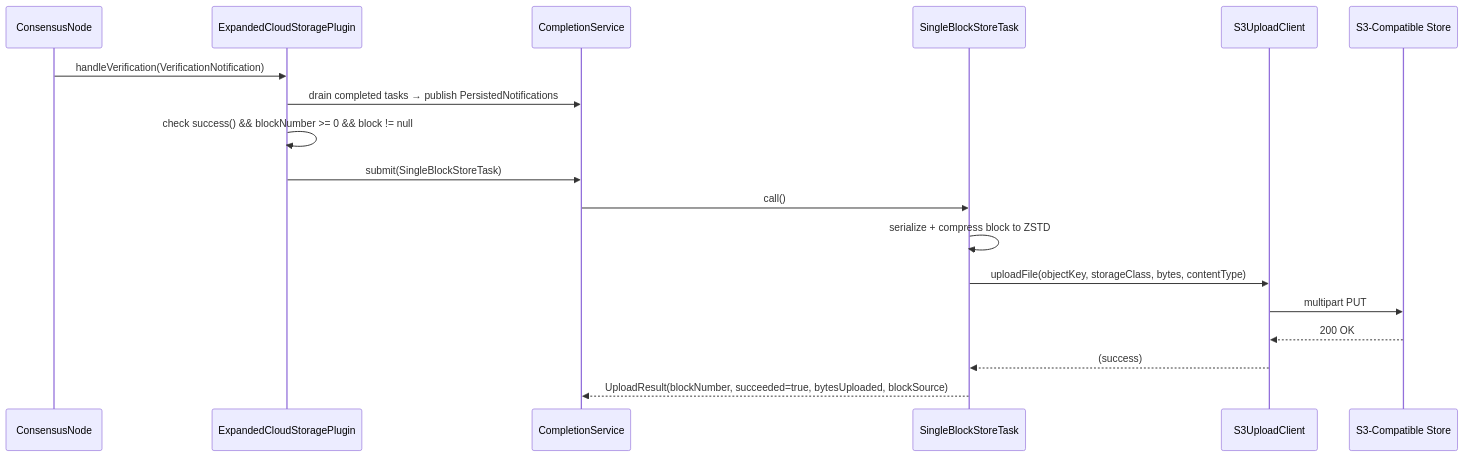
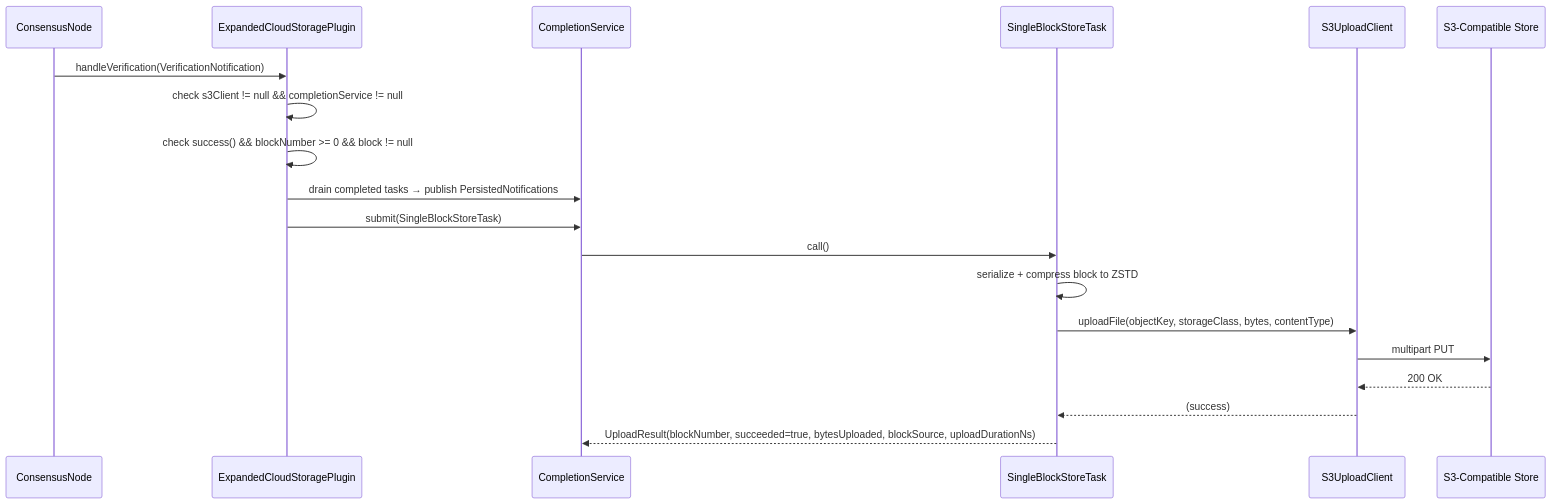
Before and after one commit to hiero-ledger/hiero-block-node: the first of 2 diagrams in docs/design/persistence/expanded-cloud-storage.md, drawn with Mermaid. The commit also changed other lines of this file and 7 other files, not shown here.

````diff
--- a/docs/design/persistence/expanded-cloud-storage.md
+++ b/docs/design/persistence/expanded-cloud-storage.md
@@ -179,21 +215,22 @@
 ```mermaid
 sequenceDiagram
     participant CN as ConsensusNode
     participant ECS as ExpandedCloudStoragePlugin
     participant CS as CompletionService
     participant Task as SingleBlockStoreTask
     participant S3 as S3UploadClient
     participant Store as S3-Compatible Store
 
     CN->>ECS: handleVerification(VerificationNotification)
+    ECS->>ECS: check s3Client != null && completionService != null
+    ECS->>ECS: check success() && blockNumber >= 0 && block != null
     ECS->>CS: drain completed tasks → publish PersistedNotifications
-    ECS->>ECS: check success() && blockNumber >= 0 && block != null
     ECS->>CS: submit(SingleBlockStoreTask)
     CS->>Task: call()
     Task->>Task: serialize + compress block to ZSTD
     Task->>S3: uploadFile(objectKey, storageClass, bytes, contentType)
     S3->>Store: multipart PUT
     Store-->>S3: 200 OK
     S3-->>Task: (success)
-    Task-->>CS: UploadResult(blockNumber, succeeded=true, bytesUploaded, blockSource)
+    Task-->>CS: UploadResult(blockNumber, succeeded=true, bytesUploaded, blockSource, uploadDurationNs)
 ```
````
